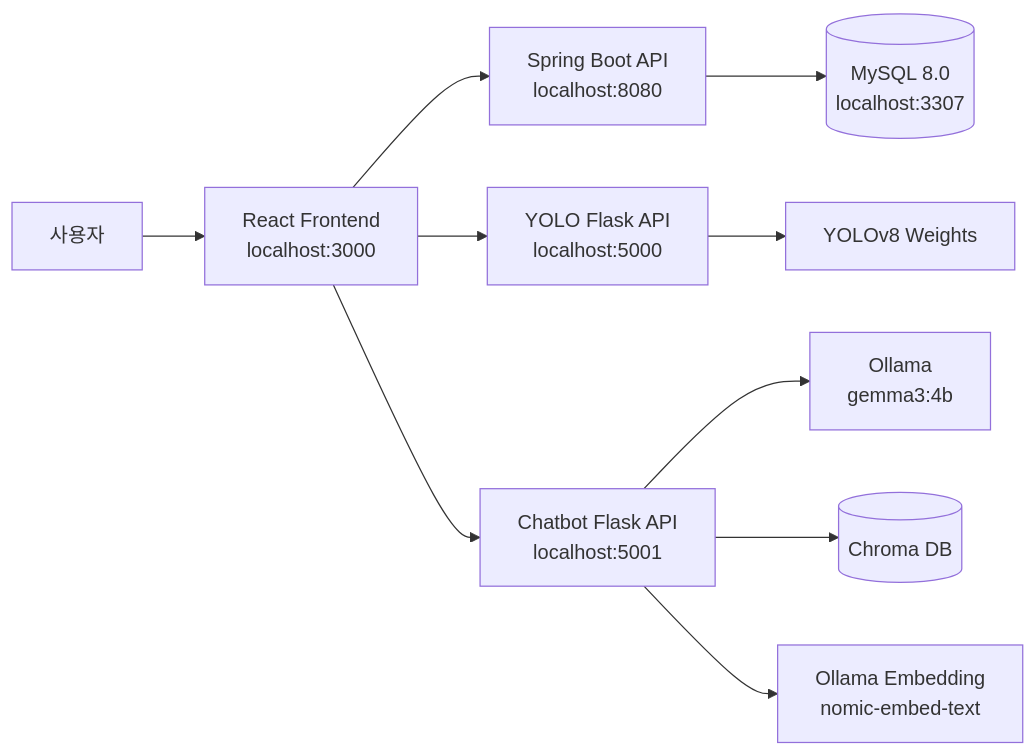
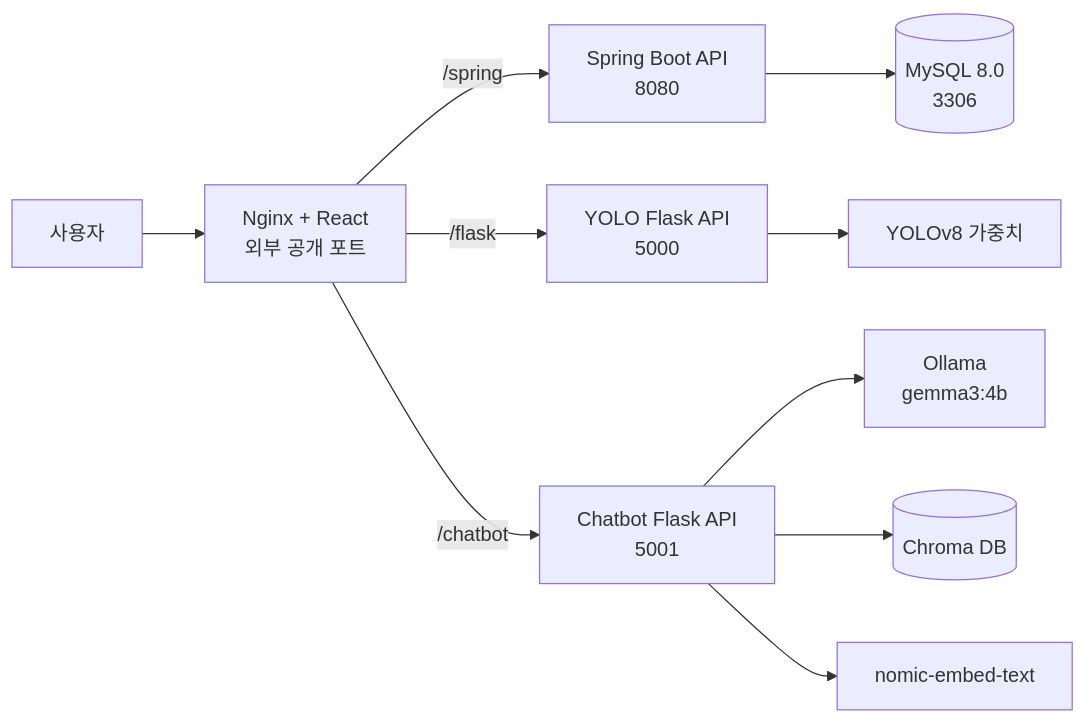
Before and after one commit to seongjun5517/PKNU__Last_Project: the diagram in README.md, drawn with Mermaid. The commit also changed other lines of this file and 3 other files, not shown here.

````diff
--- a/README.md
+++ b/README.md
@@ -51,12 +50,12 @@
 ```mermaid
 flowchart LR
-    U["사용자"] --> R["React Frontend<br/>localhost:3000"]
-    R --> S["Spring Boot API<br/>localhost:8080"]
-    R --> Y["YOLO Flask API<br/>localhost:5000"]
-    R --> C["Chatbot Flask API<br/>localhost:5001"]
-    S --> M[("MySQL 8.0<br/>localhost:3307")]
-    Y --> W["YOLOv8 Weights"]
+    U["사용자"] --> N["Nginx + React<br/>외부 공개 포트"]
+    N -->|/spring| S["Spring Boot API<br/>8080"]
+    N -->|/flask| Y["YOLO Flask API<br/>5000"]
+    N -->|/chatbot| C["Chatbot Flask API<br/>5001"]
+    S --> M[("MySQL 8.0<br/>3306")]
+    Y --> W["YOLOv8 가중치"]
     C --> O["Ollama<br/>gemma3:4b"]
     C --> V[("Chroma DB")]
-    C --> E["Ollama Embedding<br/>nomic-embed-text"]
+    C --> E["nomic-embed-text"]
 ```
````
